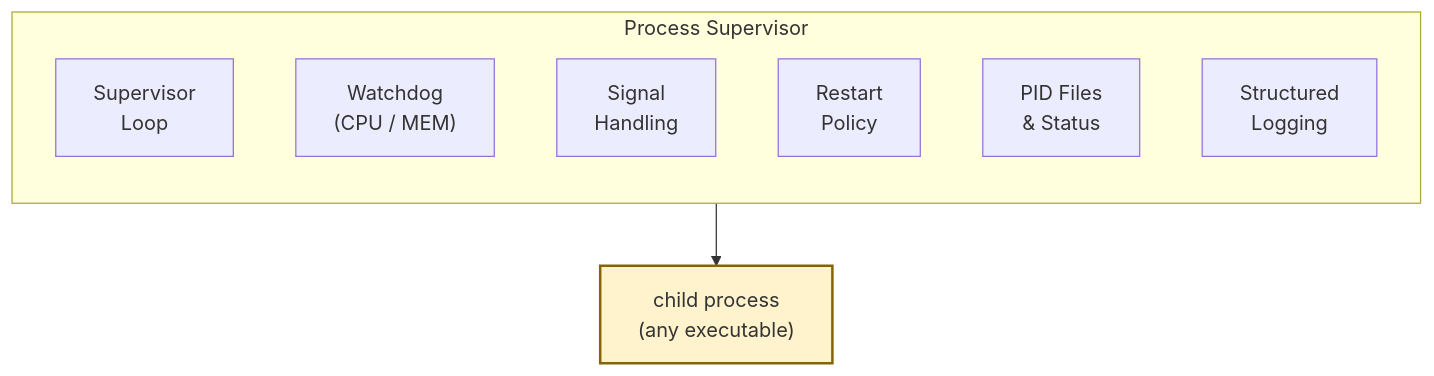
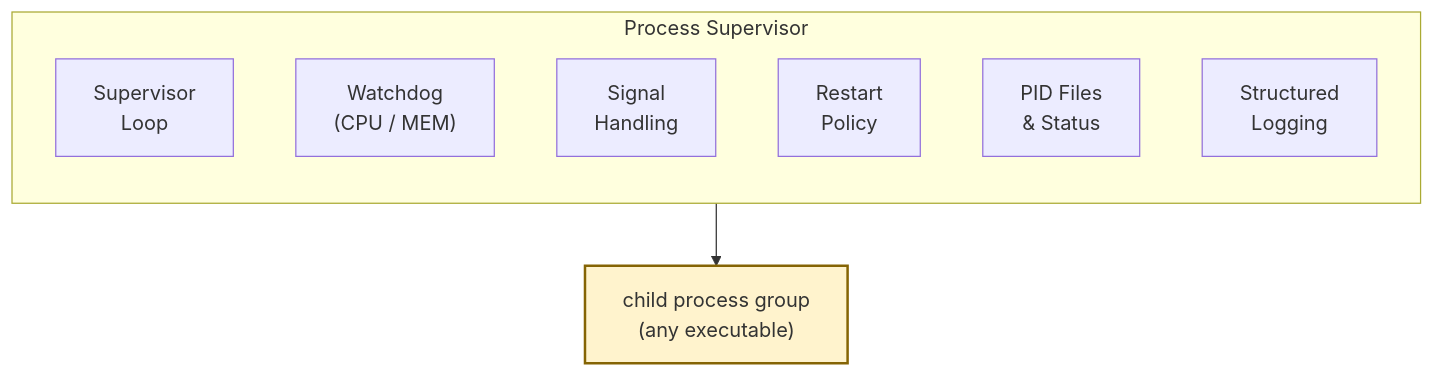
The first of 4 diagrams in README.md (DimitriosDalaklidhs/process-supervisor), drawn with Mermaid before and after one commit. The commit also changed other lines of this file, not shown here.

````diff
--- a/README.md
+++ b/README.md
@@ -15,14 +15,14 @@
 ```mermaid
 flowchart TB
     subgraph supervisor["Process Supervisor"]
         direction TB
         loop["Supervisor<br/>Loop"]
         watchdog["Watchdog<br/>(CPU / MEM)"]
         signals["Signal<br/>Handling"]
         restart["Restart<br/>Policy"]
         pids["PID Files<br/>& Status"]
         logs["Structured<br/>Logging"]
     end
-    supervisor --> child["child process<br/>(any executable)"]
+    supervisor --> child["child process group<br/>(any executable)"]
     style child fill:#fff3cd,stroke:#856404,stroke-width:2px
 ```
````
